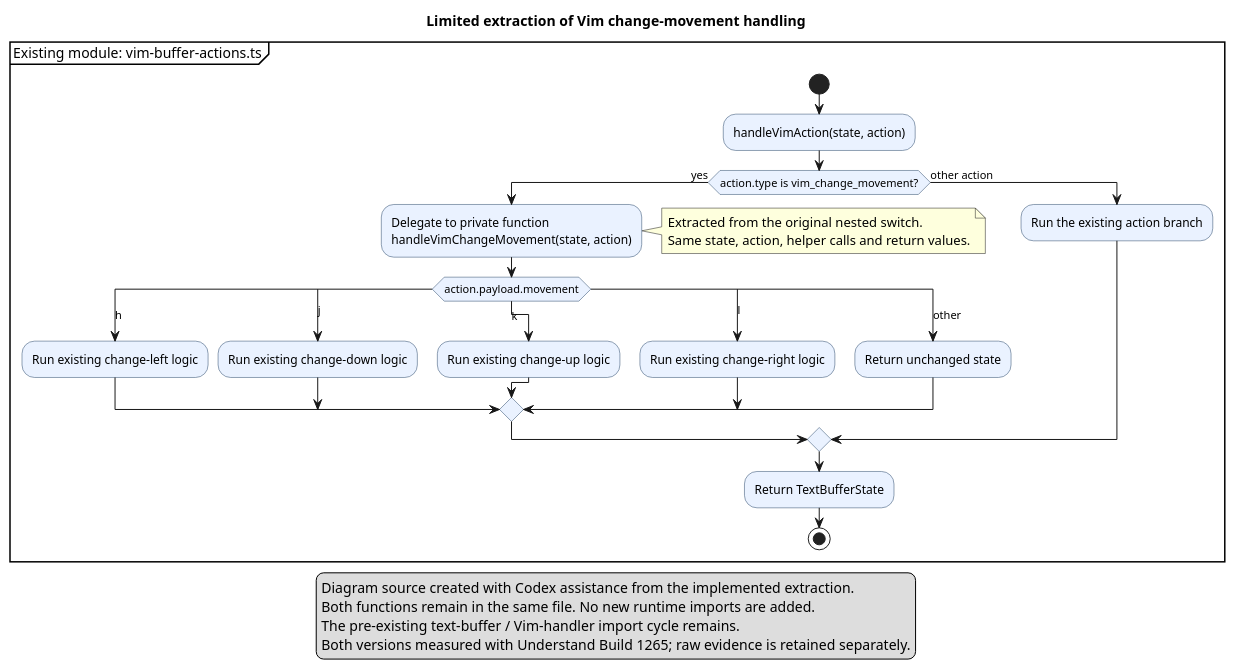
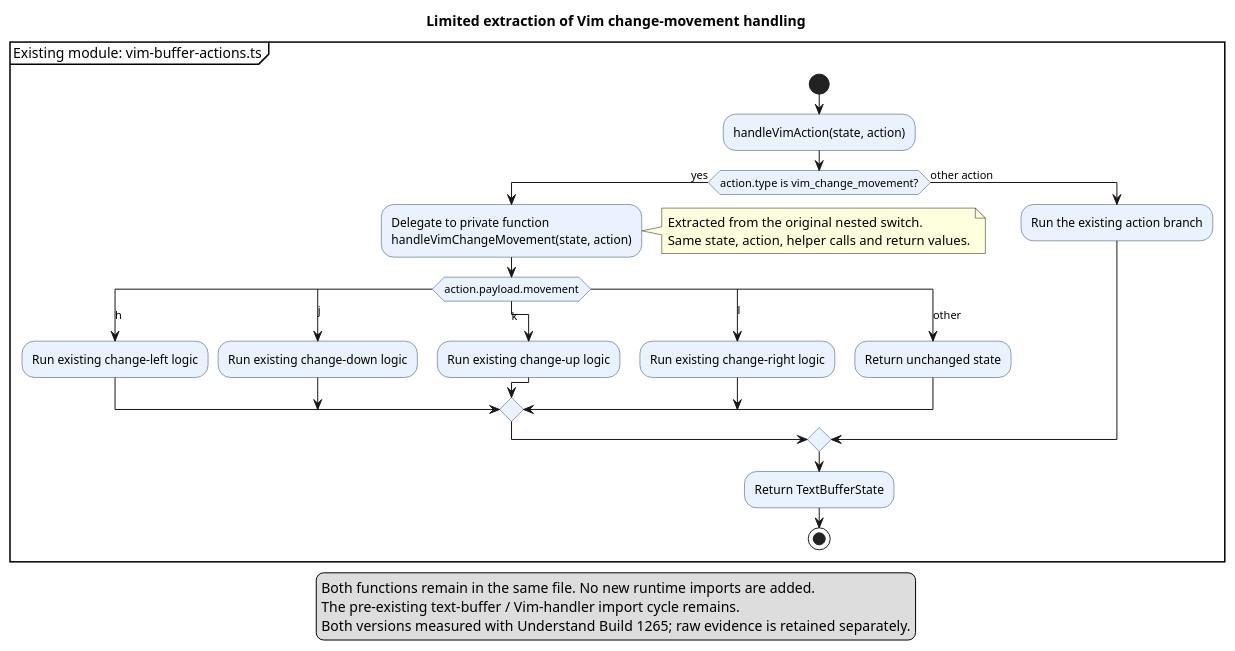
One commit to konklewski/gemini-cli-capstone-analysis changed the diagram in Final/Quality/improvements/vim-extraction/vim-change-movement.puml. Above: the diagram before and after it, drawn with PlantUML. The commit also changed 118 other files, not shown here.

Commit message:
Trim quality improvement evidence and update Vim diagram

```diff
--- a/Final/Quality/improvements/vim-extraction/vim-change-movement.puml
+++ b/Final/Quality/improvements/vim-extraction/vim-change-movement.puml
@@ -1,44 +1,43 @@
 @startuml
 title Limited extraction of Vim change-movement handling
 
 skinparam shadowing false
 skinparam activity {
   BackgroundColor #EAF2FF
   BorderColor #274567
 }
 
 partition "Existing module: vim-buffer-actions.ts" {
   start
   :handleVimAction(state, action);
   if (action.type is vim_change_movement?) then (yes)
     :Delegate to private function\nhandleVimChangeMovement(state, action);
     note right
       Extracted from the original nested switch.
       Same state, action, helper calls and return values.
     end note
     switch (action.payload.movement)
       case (h)
         :Run existing change-left logic;
       case (j)
         :Run existing change-down logic;
       case (k)
         :Run existing change-up logic;
       case (l)
         :Run existing change-right logic;
       case (other)
         :Return unchanged state;
     endswitch
   else (other action)
     :Run the existing action branch;
   endif
   :Return TextBufferState;
   stop
 }
 
 legend bottom
-  Diagram source created with Codex assistance from the implemented extraction.
   Both functions remain in the same file. No new runtime imports are added.
   The pre-existing text-buffer / Vim-handler import cycle remains.
   Both versions measured with Understand Build 1265; raw evidence is retained separately.
 endlegend
 @enduml
```
